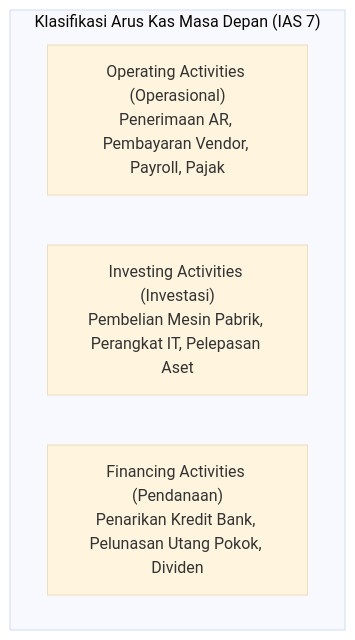
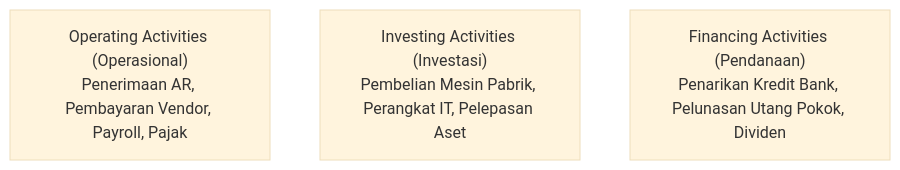
The third of 3 diagrams in content/07-finance/cash-flow-planning.md (alimurrofid/erp-notes), drawn with Mermaid (base theme) before and after one commit. The commit also changed 58 other files, not shown here.

Commit message:
fix(content):Mermaid Subgraph

````diff
--- a/content/07-finance/cash-flow-planning.md
+++ b/content/07-finance/cash-flow-planning.md
@@ -106,8 +106,6 @@
 ```mermaid
 graph TD
-    subgraph IAS7Categories["Klasifikasi Arus Kas Masa Depan (IAS 7)"]
         CFO["Operating Activities (Operasional)<br/>Penerimaan AR, Pembayaran Vendor, Payroll, Pajak"]
         CFI["Investing Activities (Investasi)<br/>Pembelian Mesin Pabrik, Perangkat IT, Pelepasan Aset"]
         CFF["Financing Activities (Pendanaan)<br/>Penarikan Kredit Bank, Pelunasan Utang Pokok, Dividen"]
-    end
 ```
````
